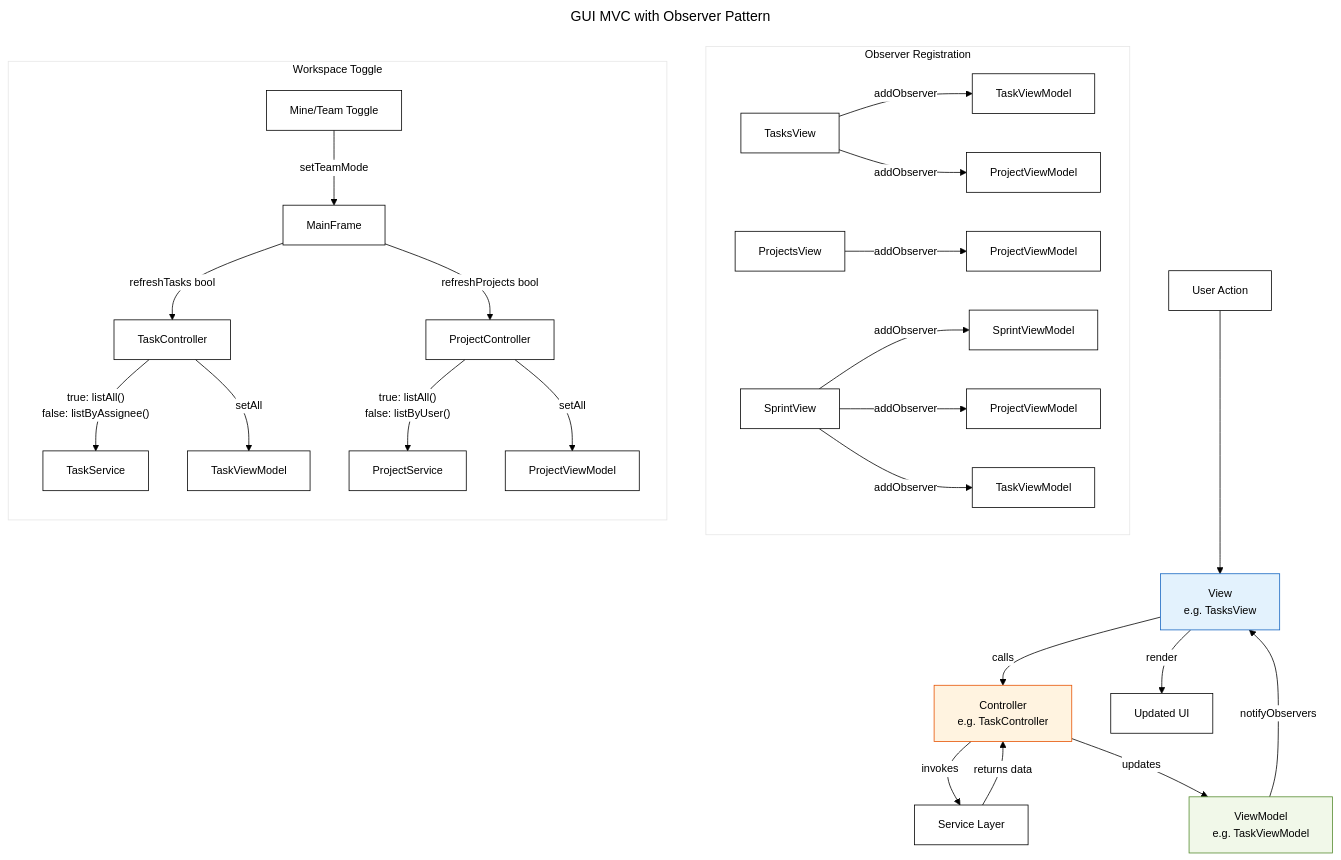
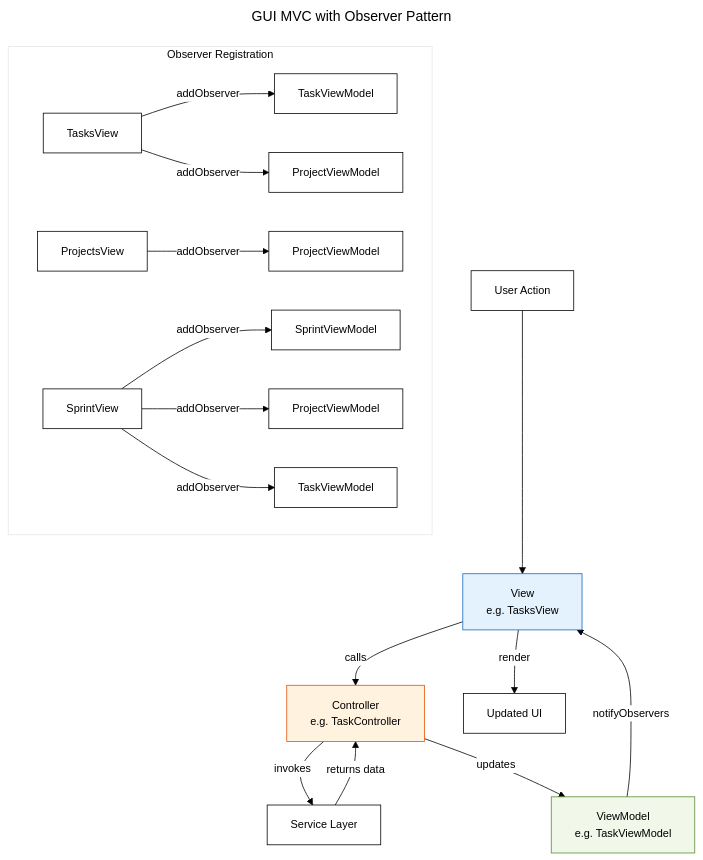
One commit to magana272/TaskTrac changed the sixth of 11 diagrams in docs/DIAGRAM.md. Above: the diagram before and after it, drawn with Mermaid. The commit also changed other lines of this file and 369 other files, not shown here.

First line of the commit message:
Update README, DESIGN, DIAGRAM, and javadocs for v0.0.9

````diff
--- a/docs/DIAGRAM.md
+++ b/docs/DIAGRAM.md
@@ -233,47 +268,36 @@
 ```mermaid
 ---
 config:
   theme: base
   themeVariables:
     primaryColor: '#ffffff'
     primaryTextColor: '#000000'
     primaryBorderColor: '#000000'
     lineColor: '#000000'
     fontFamily: 'Georgia, Times New Roman, serif'
     fontSize: '14px'
 title: GUI MVC with Observer Pattern
 ---
 flowchart TB
     User[User Action] --> View[View<br>e.g. TasksView]
     View -->|calls| Controller[Controller<br>e.g. TaskController]
     Controller -->|invokes| Service[Service Layer]
     Service -->|returns data| Controller
     Controller -->|updates| ViewModel[ViewModel<br>e.g. TaskViewModel]
     ViewModel -->|notifyObservers| View
     View -->|render| UI[Updated UI]
 
     subgraph Observer Registration
         direction LR
         TasksView_Obs[TasksView] -->|addObserver| TaskVM[TaskViewModel]
         TasksView_Obs -->|addObserver| ProjVM1[ProjectViewModel]
         ProjectsView_Obs[ProjectsView] -->|addObserver| ProjVM2[ProjectViewModel]
         SprintView_Obs[SprintView] -->|addObserver| SprintVM[SprintViewModel]
         SprintView_Obs -->|addObserver| ProjVM3[ProjectViewModel]
         SprintView_Obs -->|addObserver| TaskVM2[TaskViewModel]
     end
 
-    subgraph Workspace Toggle
-        direction TB
-        Toggle[Mine/Team Toggle] -->|setTeamMode| MF[MainFrame]
-        MF -->|refreshTasks bool| TC2[TaskController]
-        MF -->|refreshProjects bool| PC2[ProjectController]
-        TC2 -->|"true: listAll()\nfalse: listByAssignee()"| TaskSvc[TaskService]
-        PC2 -->|"true: listAll()\nfalse: listByUser()"| ProjSvc[ProjectService]
-        TC2 -->|setAll| TaskVM3[TaskViewModel]
-        PC2 -->|setAll| ProjVM4[ProjectViewModel]
-    end
-
     style View fill:#e3f2fd,stroke:#1565c0
     style Controller fill:#fff3e0,stroke:#e65100
     style ViewModel fill:#f1f8e9,stroke:#558b2f
 ```
````
